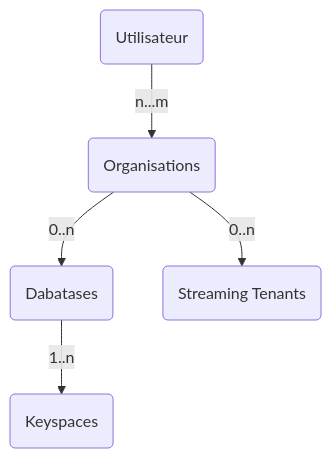
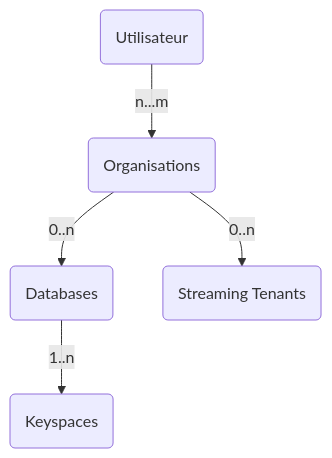
The first of 2 diagrams in README.md (datastaxdevs/conference-2022-devoxx-france), drawn with Mermaid before and after one commit. The commit also changed other lines of this file and 1 other file, not shown here.

````diff
--- a/README.md
+++ b/README.md
@@ -403,7 +403,7 @@
 ```mermaid
   graph TD
     USER(Utilisateur) -->|n...m|ORG(Organisations)
-    ORG -->|0..n|DB(Dabatases)
+    ORG -->|0..n|DB(Databases)
     DB  -->|1..n|KS(Keyspaces)
     ORG -->|0..n|STR(Streaming Tenants)
 ```
````
